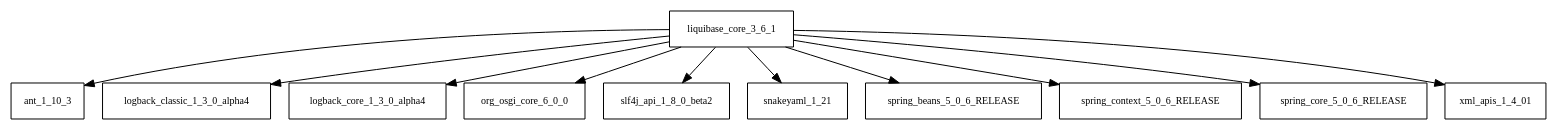
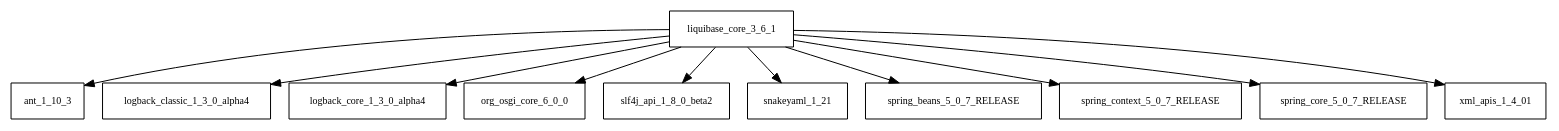
Before and after one commit to sjvs/cia: the diagram in tattleTaleReport/graphviz/liquibase-core-3.6.1.jar/liquibase-core-3.6.1.jar.dot, drawn with Graphviz. The commit also changed 2050 other files, not shown here.

```diff
--- a/tattleTaleReport/graphviz/liquibase-core-3.6.1.jar/liquibase-core-3.6.1.jar.dot
+++ b/tattleTaleReport/graphviz/liquibase-core-3.6.1.jar/liquibase-core-3.6.1.jar.dot
@@ -1,13 +1,13 @@
 digraph liquibase_core_3_6_1_dependencies {
   node [shape = box, fontsize=10.0];
   liquibase_core_3_6_1 -> ant_1_10_3;
   liquibase_core_3_6_1 -> logback_classic_1_3_0_alpha4;
   liquibase_core_3_6_1 -> logback_core_1_3_0_alpha4;
   liquibase_core_3_6_1 -> org_osgi_core_6_0_0;
   liquibase_core_3_6_1 -> slf4j_api_1_8_0_beta2;
   liquibase_core_3_6_1 -> snakeyaml_1_21;
-  liquibase_core_3_6_1 -> spring_beans_5_0_6_RELEASE;
-  liquibase_core_3_6_1 -> spring_context_5_0_6_RELEASE;
-  liquibase_core_3_6_1 -> spring_core_5_0_6_RELEASE;
+  liquibase_core_3_6_1 -> spring_beans_5_0_7_RELEASE;
+  liquibase_core_3_6_1 -> spring_context_5_0_7_RELEASE;
+  liquibase_core_3_6_1 -> spring_core_5_0_7_RELEASE;
   liquibase_core_3_6_1 -> xml_apis_1_4_01;
 }
```
